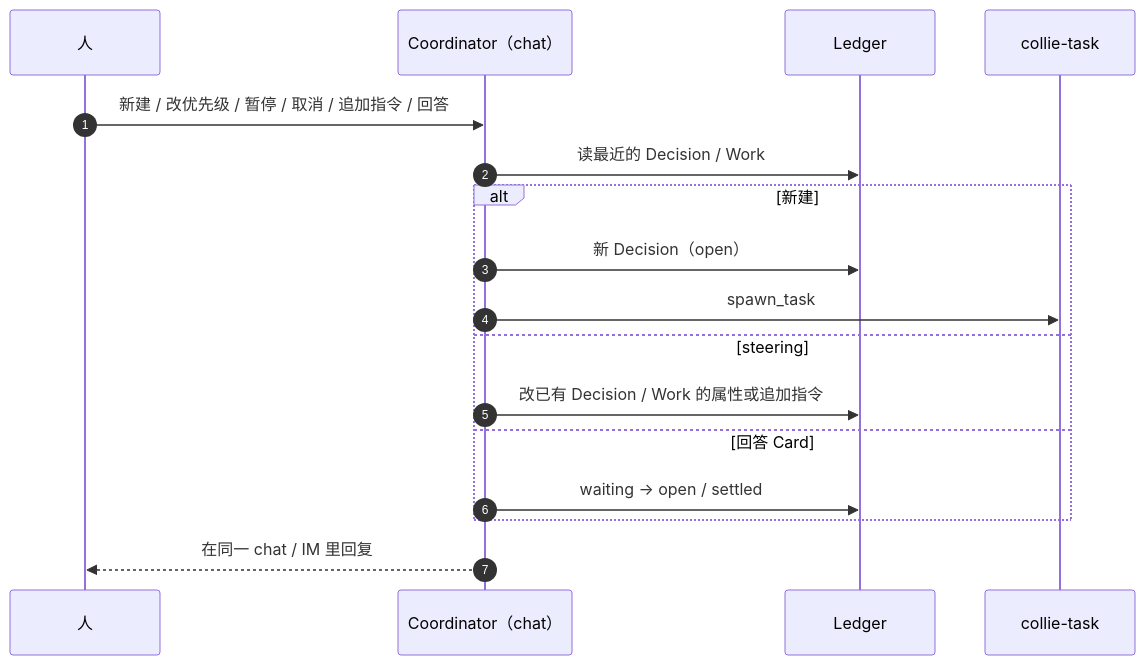
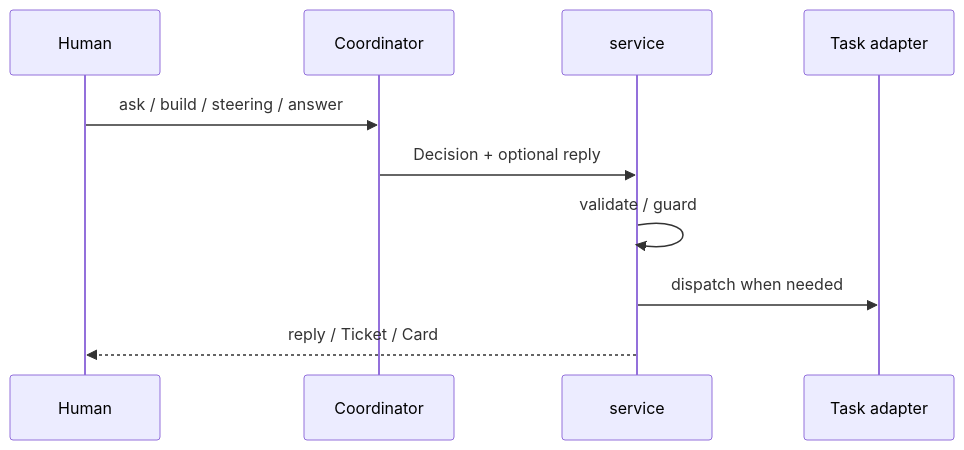
One commit to iodone/collie changed the third of 3 diagrams in docs/ARCHITECTURE.md. Above: the diagram before and after it, drawn with Mermaid. The commit also changed other lines of this file, not shown here.

Commit message:
docs: rewrite architecture around message dispatch

````diff
--- a/docs/ARCHITECTURE.md
+++ b/docs/ARCHITECTURE.md
@@ -594,20 +187,13 @@
 ```mermaid
 sequenceDiagram
-  autonumber
-  participant U as 人
-  participant C as Coordinator（chat）
-  participant L as Ledger
-  participant T as collie-task
+  participant U as Human
+  participant C as Coordinator
+  participant V as service
+  participant T as Task adapter
 
-  U->>C: 新建 / 改优先级 / 暂停 / 取消 / 追加指令 / 回答
-  C->>L: 读最近的 Decision / Work
-  alt 新建
-    C->>L: 新 Decision（open）
-    C->>T: spawn_task
-  else steering
-    C->>L: 改已有 Decision / Work 的属性或追加指令
-  else 回答 Card
-    C->>L: waiting → open / settled
-  end
-  C-->>U: 在同一 chat / IM 里回复
+  U->>C: ask / build / steering / answer
+  C->>V: Decision + optional reply
+  V->>V: validate / guard
+  V->>T: dispatch when needed
+  V-->>U: reply / Ticket / Card
 ```
````
